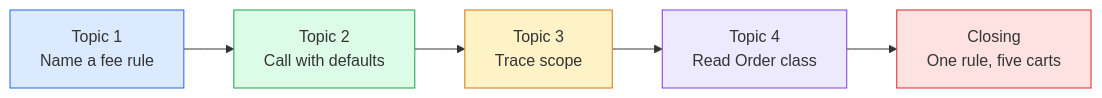
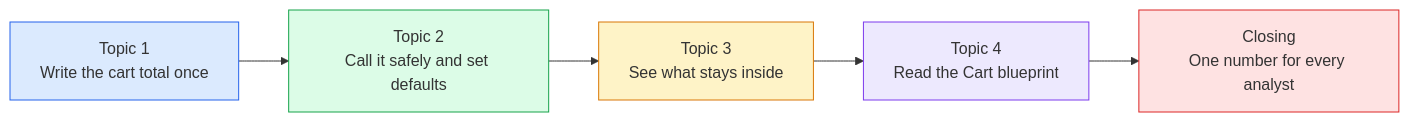
One commit to ayaznoori/Ayaz_Curriculum changed the diagram in IITP-AIDA-EN-III-2610/module-01-data-sql-foundations/lecture-04-functions-for-reusable-code-and-reading-classes/lecture-script.md. Above: the diagram before and after it, drawn with Mermaid. The commit also changed other lines of this file and 7 other files, not shown here.

````diff
--- a/IITP-AIDA-EN-III-2610/module-01-data-sql-foundations/lecture-04-functions-for-reusable-code-and-reading-classes/lecture-script.md
+++ b/IITP-AIDA-EN-III-2610/module-01-data-sql-foundations/lecture-04-functions-for-reusable-code-and-reading-classes/lecture-script.md
@@ -68,12 +61,12 @@
 ```mermaid
 flowchart LR
-    A["Topic 1<br>Name a fee rule"] --> B["Topic 2<br>Call with defaults"]
-    B --> C["Topic 3<br>Trace scope"]
-    C --> D["Topic 4<br>Read Order class"]
-    D --> E["Closing<br>One rule, five carts"]
+    A["Topic 1<br>Write the cart total once"] --> B["Topic 2<br>Call it safely and set defaults"]
+    B --> C["Topic 3<br>See what stays inside"]
+    C --> D["Topic 4<br>Read the Cart blueprint"]
+    D --> E["Closing<br>One number for every analyst"]
     style A fill:#dbeafe,stroke:#2563eb
     style B fill:#dcfce7,stroke:#16a34a
     style C fill:#fef3c7,stroke:#d97706
     style D fill:#ede9fe,stroke:#7c3aed
     style E fill:#fee2e2,stroke:#dc2626
 ```
````
